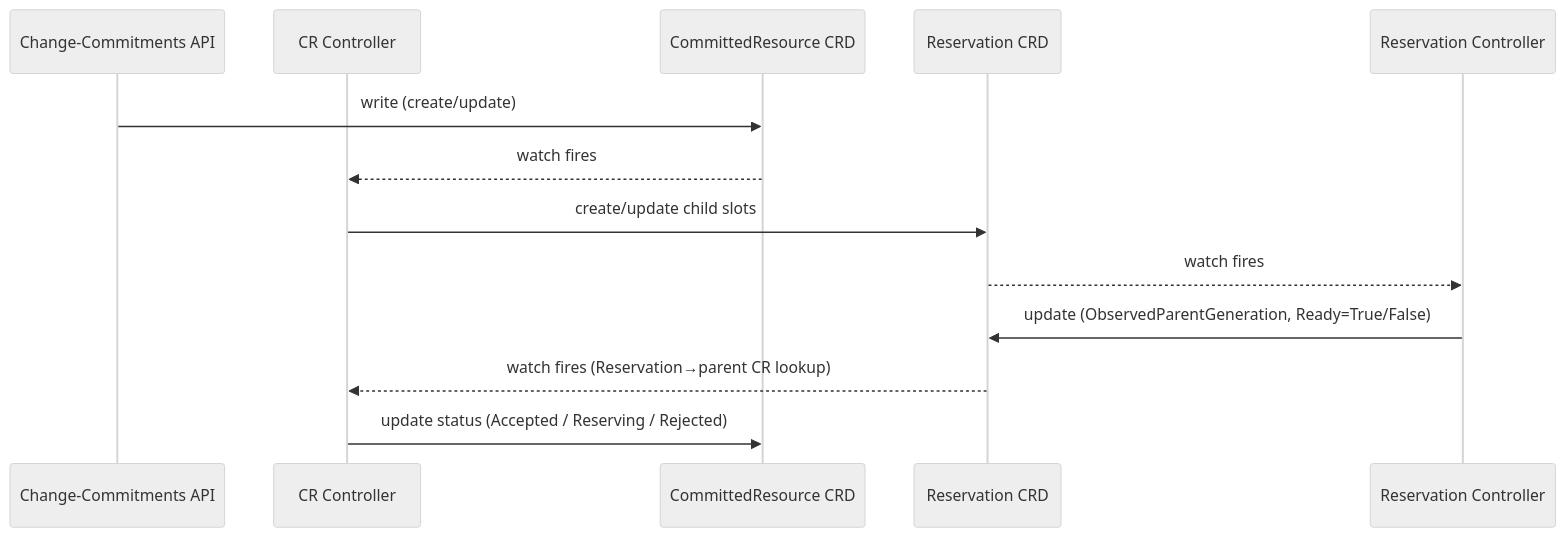
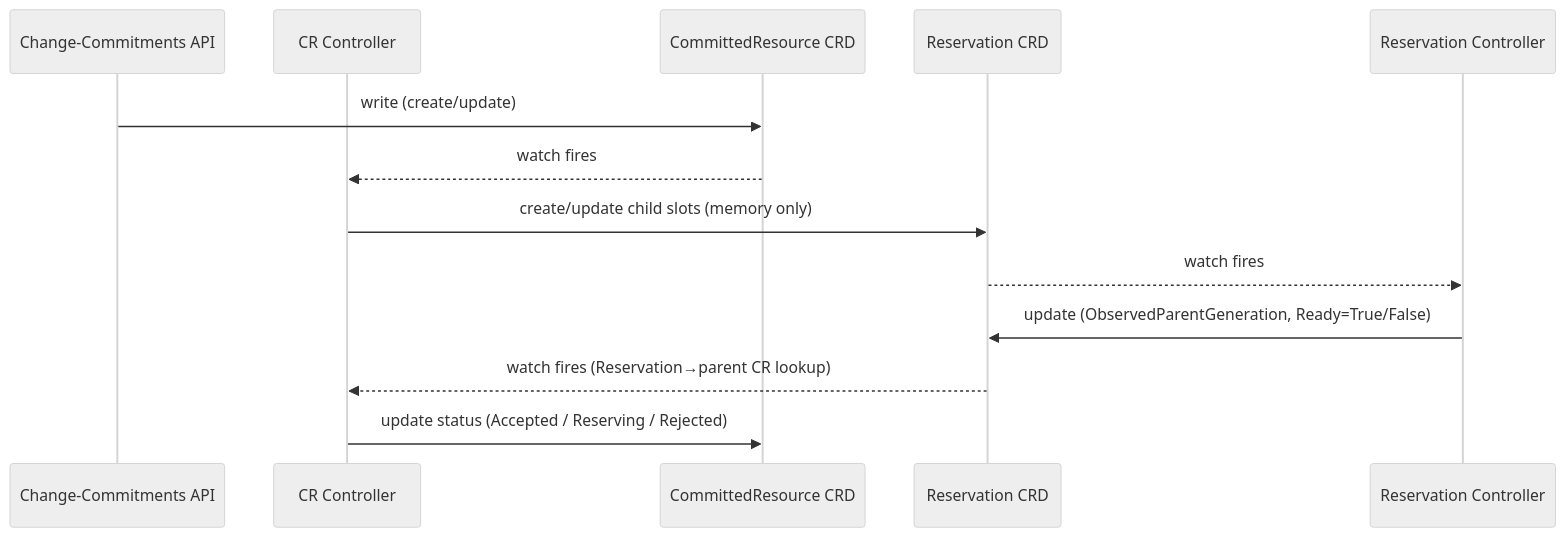
Before and after one commit to cobaltcore-dev/cortex: the second of 5 diagrams in docs/reservations/committed-resource-reservations.md, drawn with Mermaid (neutral theme). The commit also changed other lines of this file and 12 other files, not shown here.

````diff
--- a/docs/reservations/committed-resource-reservations.md
+++ b/docs/reservations/committed-resource-reservations.md
@@ -128,16 +126,16 @@
 ```mermaid
 sequenceDiagram
     participant API as Change-Commitments API
     participant CRCtrl as CR Controller
     participant CRCRD as CommittedResource CRD
     participant ResCRD as Reservation CRD
     participant ResCtrl as Reservation Controller
 
     API->>CRCRD: write (create/update)
     CRCRD-->>CRCtrl: watch fires
-    CRCtrl->>ResCRD: create/update child slots
+    CRCtrl->>ResCRD: create/update child slots (memory only)
     ResCRD-->>ResCtrl: watch fires
     ResCtrl->>ResCRD: update (ObservedParentGeneration, Ready=True/False)
     ResCRD-->>CRCtrl: watch fires (Reservation→parent CR lookup)
     CRCtrl->>CRCRD: update status (Accepted / Reserving / Rejected)
 ```
````
